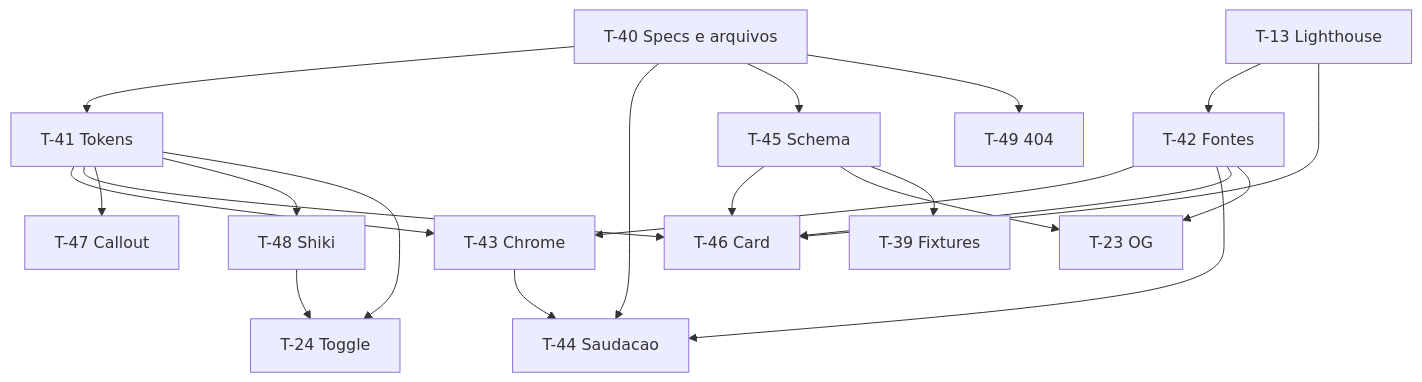
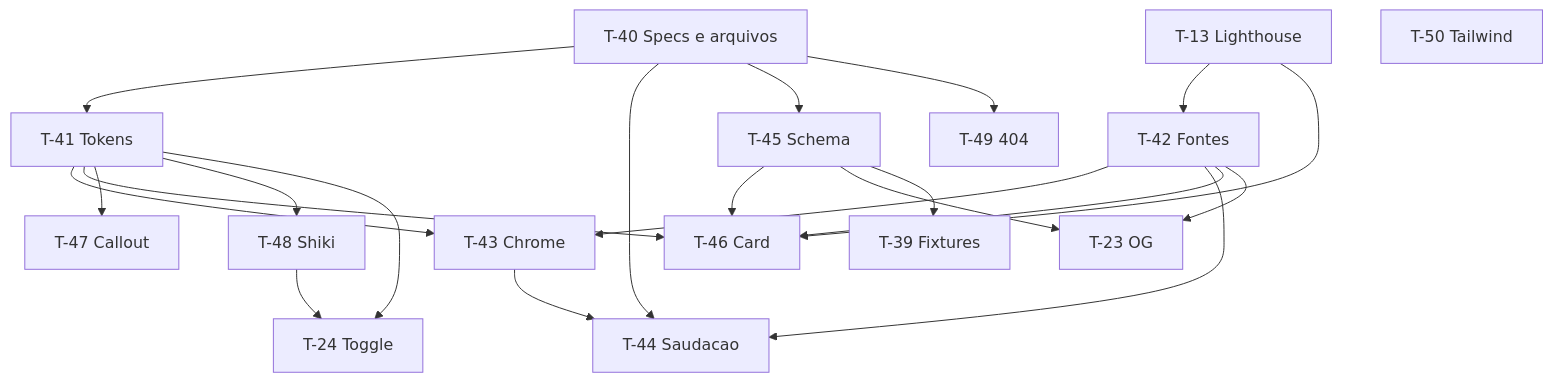
One commit to Pedroknoll/blog_pedro-knoll changed the second of 2 diagrams in specs/ROADMAP.md. Above: the diagram before and after it, drawn with Mermaid. The commit also changed other lines of this file and 12 other files, not shown here.

````diff
--- a/specs/ROADMAP.md
+++ b/specs/ROADMAP.md
@@ -86,37 +86,38 @@
 ```mermaid
 flowchart TD
   T40[T-40 Specs e arquivos]
   T41[T-41 Tokens]
   T13[T-13 Lighthouse]
   T42[T-42 Fontes]
   T43[T-43 Chrome]
   T44[T-44 Saudacao]
   T45[T-45 Schema]
   T46[T-46 Card]
   T47[T-47 Callout]
   T48[T-48 Shiki]
   T49[T-49 404]
+  T50[T-50 Tailwind]
   T23[T-23 OG]
   T24[T-24 Toggle]
   T39[T-39 Fixtures]
   T40 --> T41
   T40 --> T44
   T40 --> T45
   T40 --> T49
   T13 --> T42
   T41 --> T43
   T42 --> T43
   T43 --> T44
   T42 --> T44
   T13 --> T46
   T41 --> T46
   T42 --> T46
   T45 --> T46
   T41 --> T47
   T41 --> T48
   T45 --> T23
   T42 --> T23
   T45 --> T39
   T41 --> T24
   T48 --> T24
 ```
````
